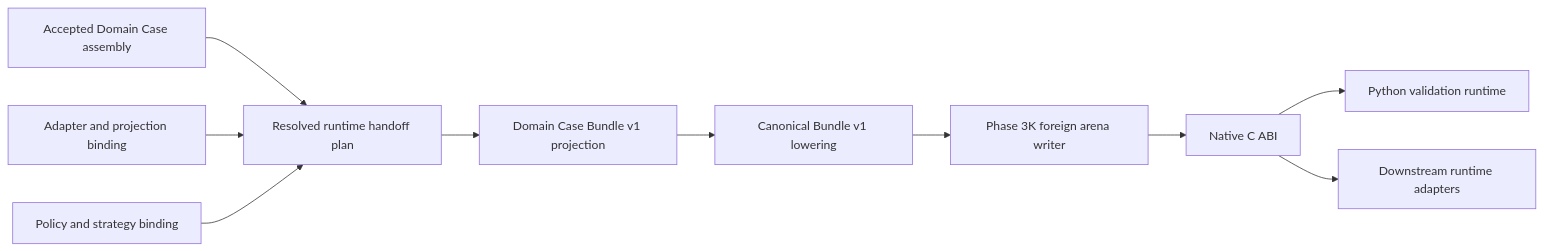
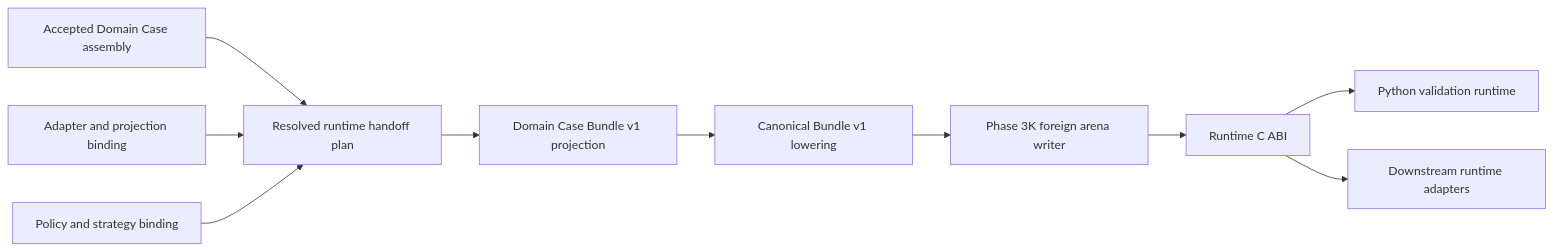
Before and after one commit to tao3k/gebril-yuanxu: the first of 2 diagrams in module-system/design/145-bundle-v1-domain-case-projection.org, drawn with Mermaid. The commit also changed other lines of this file and 1469 other files, not shown here.

```diff
--- a/module-system/design/145-bundle-v1-domain-case-projection.org
+++ b/module-system/design/145-bundle-v1-domain-case-projection.org
@@ -45,23 +45,23 @@
 #+begin_src mermaid
 flowchart LR
     DC["Accepted Domain Case assembly"]
     AB["Adapter and projection binding"]
     PB["Policy and strategy binding"]
     RH["Resolved runtime handoff plan"]
     DP["Domain Case Bundle v1 projection"]
     BL["Canonical Bundle v1 lowering"]
     AW["Phase 3K foreign arena writer"]
-    CABI["Native C ABI"]
+    CABI["Runtime C ABI"]
     PY["Python validation runtime"]
     OTHER["Downstream runtime adapters"]
 
     DC --> RH
     AB --> RH
     PB --> RH
     RH --> DP
     DP --> BL
     BL --> AW
     AW --> CABI
     CABI --> PY
     CABI --> OTHER
 #+end_src
```
